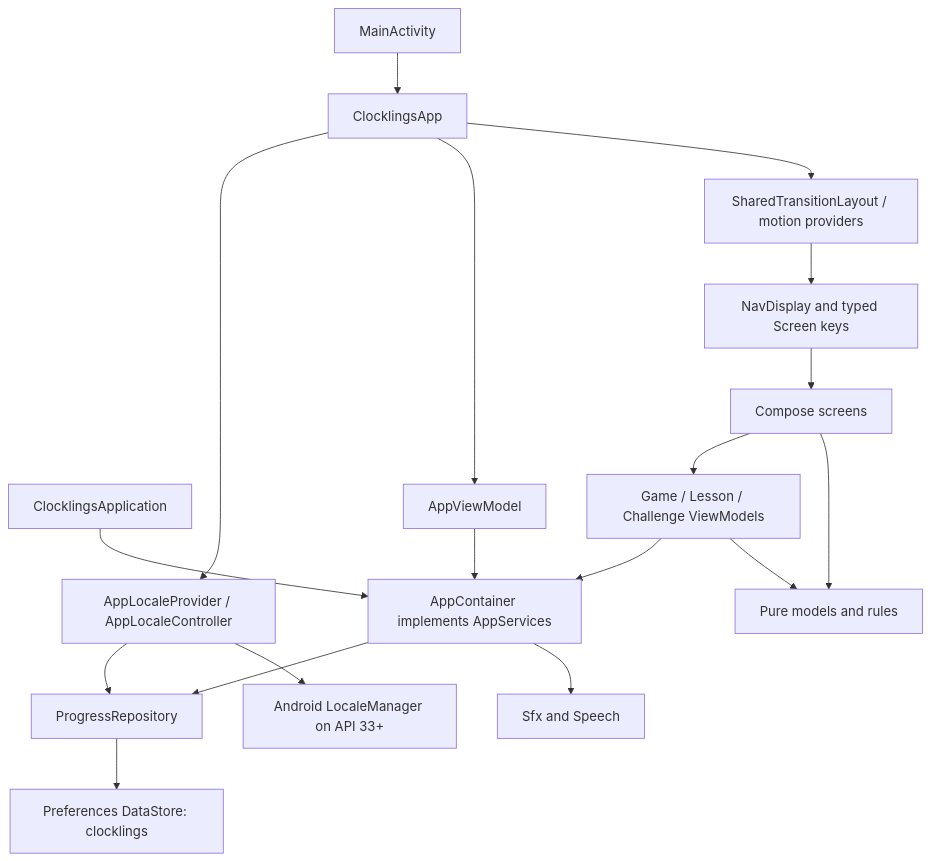
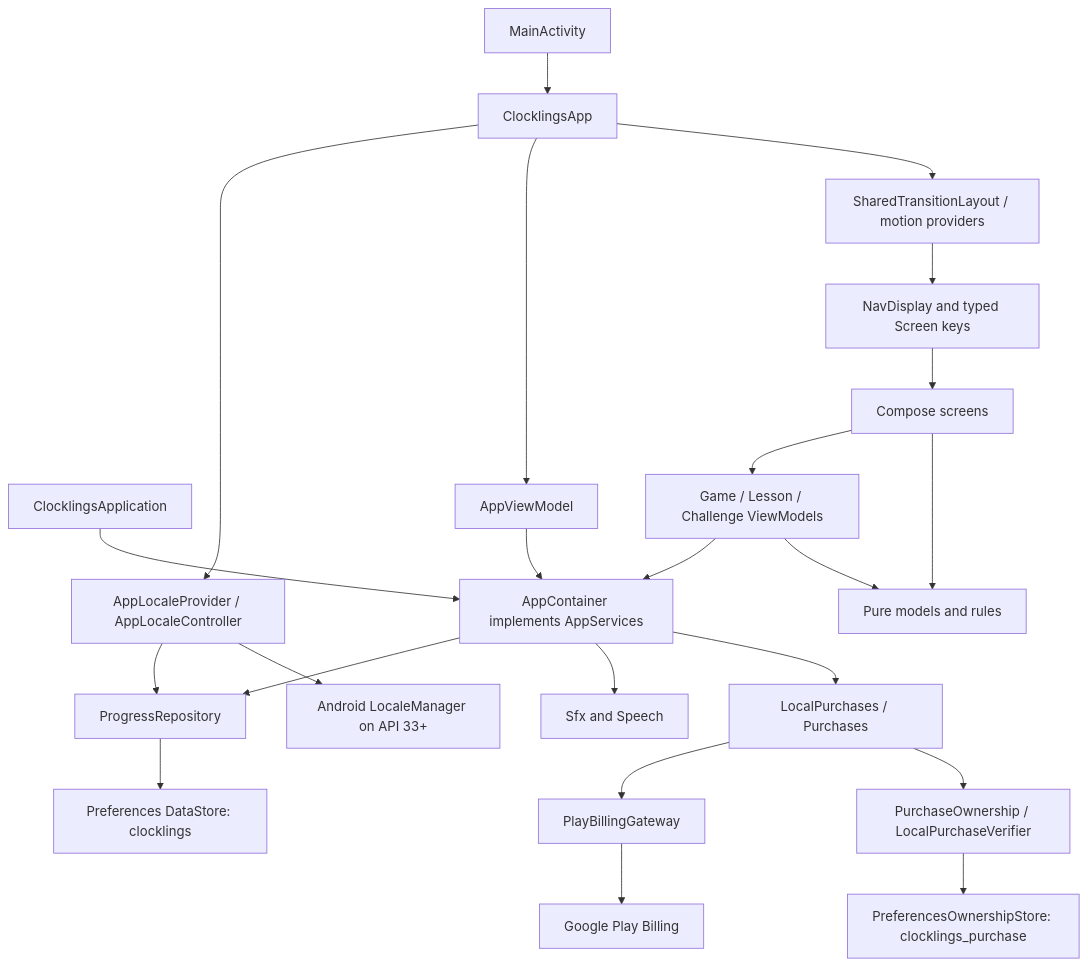
The first of 2 diagrams in PROJECT.md (Insaner1980/Clocklings), drawn with Mermaid before and after one commit. The commit also changed other lines of this file and 226 other files, not shown here.

````diff
--- a/PROJECT.md
+++ b/PROJECT.md
@@ -134,20 +141,25 @@
 ```mermaid
 flowchart TD
     Application[ClocklingsApplication] --> Container[AppContainer implements AppServices]
     Container --> Repo[ProgressRepository]
     Repo --> Store[Preferences DataStore: clocklings]
     Container --> Audio[Sfx and Speech]
+    Container --> Purchases[LocalPurchases / Purchases]
+    Purchases --> Gateway[PlayBillingGateway]
+    Gateway --> Play[Google Play Billing]
+    Purchases --> Ownership[PurchaseOwnership / LocalPurchaseVerifier]
+    Ownership --> ReceiptStore[PreferencesOwnershipStore: clocklings_purchase]
     Activity[MainActivity] --> App[ClocklingsApp]
     App --> Locale[AppLocaleProvider / AppLocaleController]
     App --> RootVM[AppViewModel]
     RootVM --> Container
     App --> Shared[SharedTransitionLayout / motion providers]
     Shared --> Nav[NavDisplay and typed Screen keys]
     Nav --> Screens[Compose screens]
     Screens --> ScreenVM[Game / Lesson / Challenge ViewModels]
     ScreenVM --> Container
     ScreenVM --> Domain[Pure models and rules]
     Screens --> Domain
     Locale --> Repo
     Locale --> Platform[Android LocaleManager on API 33+]
 ```
````
